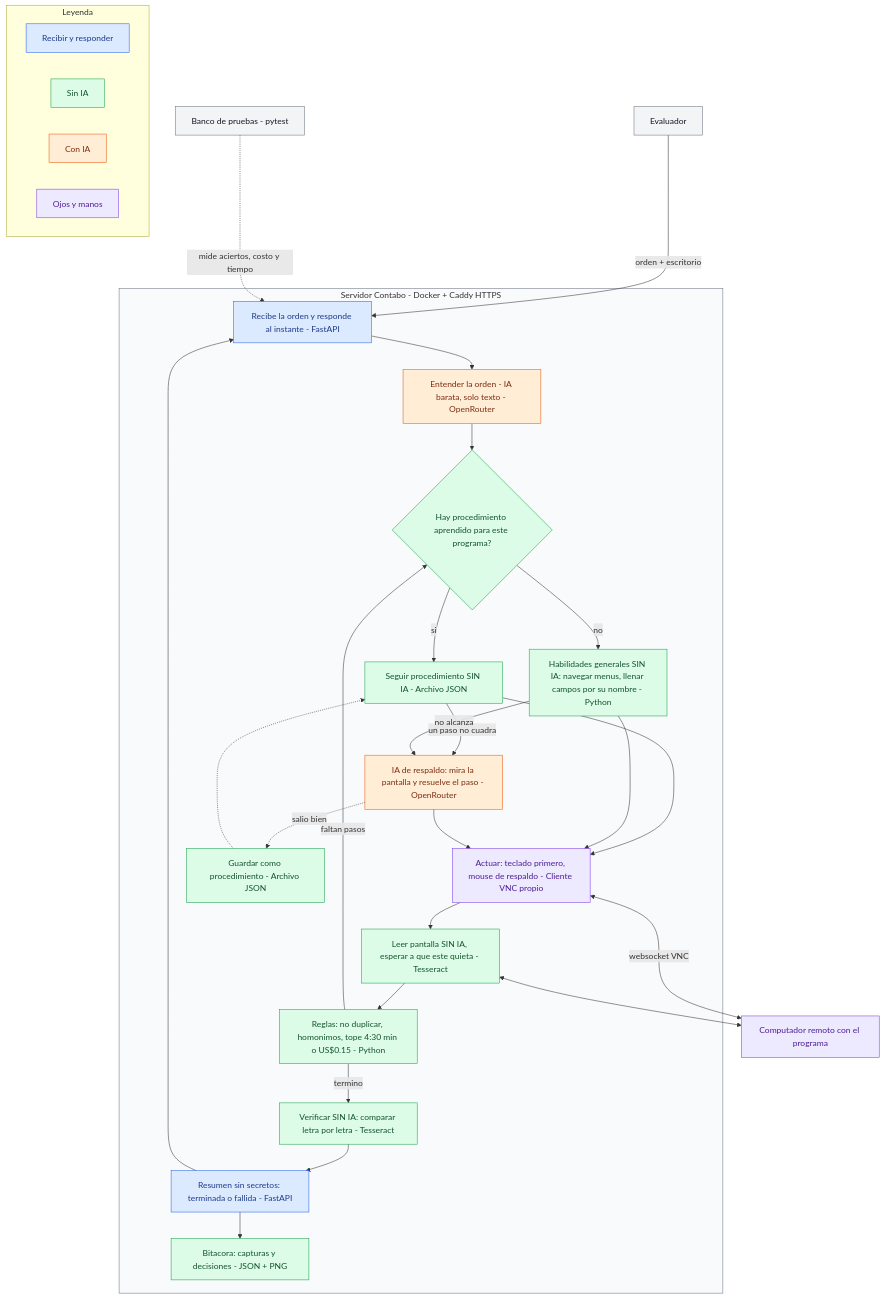
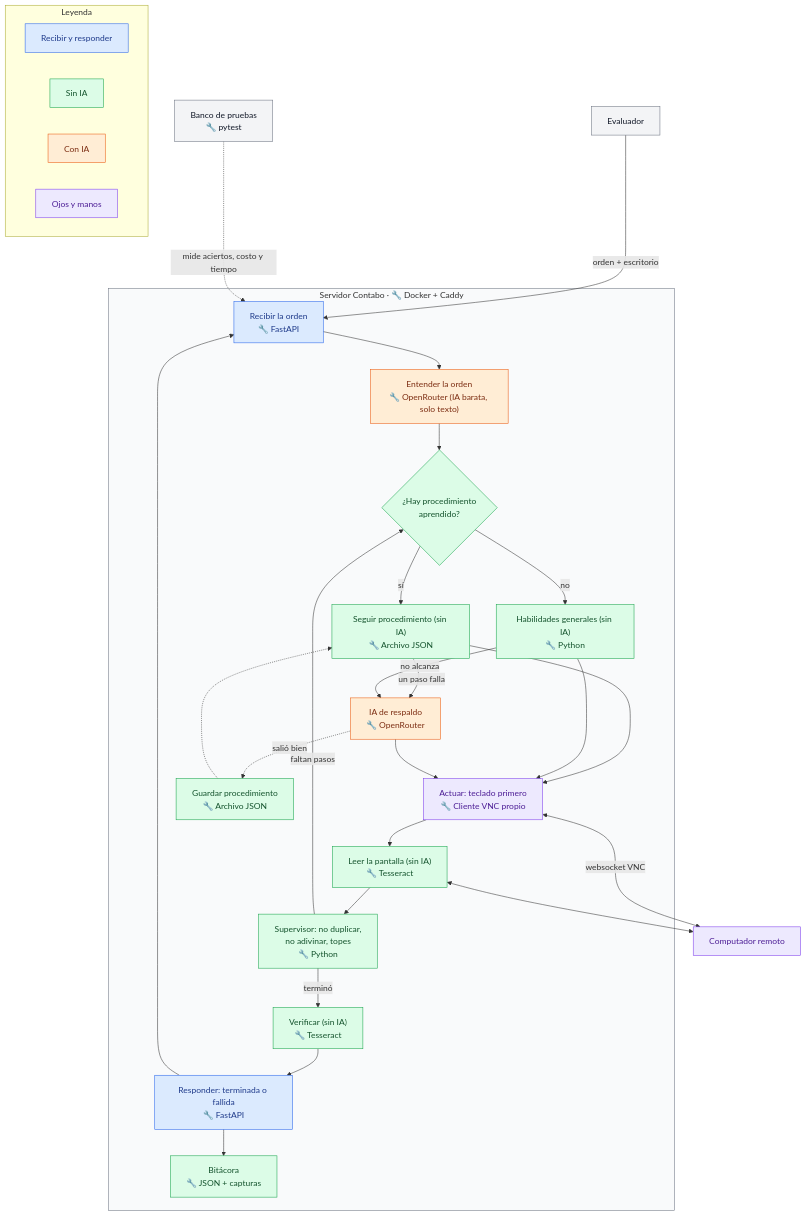
The diagram in DISENO.md (tomasmj503/frontier-agente-vnc), drawn with Mermaid before and after one commit.

Commit message:
Diseño final

````diff
--- a/DISENO.md
+++ b/DISENO.md
@@ -100,45 +100,45 @@
 ```mermaid
 flowchart TB
-  EV[Evaluador] -->|orden + escritorio| API
-  BP[Banco de pruebas - pytest] -.->|mide aciertos, costo y tiempo| API
-  subgraph SRV[Servidor Contabo - Docker + Caddy HTTPS]
-    API[Recibe la orden y responde al instante - FastAPI]
-    API --> ENT[Entender la orden - IA barata, solo texto - OpenRouter]
-    ENT --> P{Hay procedimiento aprendido para este programa?}
-    P -->|si| PR[Seguir procedimiento SIN IA - Archivo JSON]
-    P -->|no| HG[Habilidades generales SIN IA: navegar menus, llenar campos por su nombre - Python]
-    PR -->|un paso no cuadra| IA[IA de respaldo: mira la pantalla y resuelve el paso - OpenRouter]
+  EV["Evaluador"] -->|orden + escritorio| API
+  BP["Banco de pruebas<br/>🔧 pytest"] -.->|mide aciertos, costo y tiempo| API
+  subgraph SRV["Servidor Contabo · 🔧 Docker + Caddy"]
+    API["Recibir la orden<br/>🔧 FastAPI"]
+    API --> ENT["Entender la orden<br/>🔧 OpenRouter (IA barata, solo texto)"]
+    ENT --> P{"¿Hay procedimiento<br/>aprendido?"}
+    P -->|sí| PR["Seguir procedimiento (sin IA)<br/>🔧 Archivo JSON"]
+    P -->|no| HG["Habilidades generales (sin IA)<br/>🔧 Python"]
+    PR -->|un paso falla| IA["IA de respaldo<br/>🔧 OpenRouter"]
     HG -->|no alcanza| IA
     PR --> ACT
     HG --> ACT
-    IA --> ACT[Actuar: teclado primero, mouse de respaldo - Cliente VNC propio]
-    ACT --> VER[Leer pantalla SIN IA, esperar a que este quieta - Tesseract]
-    VER --> REG[Reglas: no duplicar, homonimos, tope 4:30 min o US$0.15 - Python]
+    IA --> ACT["Actuar: teclado primero<br/>🔧 Cliente VNC propio"]
+    ACT --> VER["Leer la pantalla (sin IA)<br/>🔧 Tesseract"]
+    VER --> REG["Supervisor: no duplicar,<br/>no adivinar, topes<br/>🔧 Python"]
     REG -->|faltan pasos| P
-    REG -->|termino| VF[Verificar SIN IA: comparar letra por letra - Tesseract]
-    VF --> RS[Resumen sin secretos: terminada o fallida - FastAPI]
+    REG -->|terminó| VF["Verificar (sin IA)<br/>🔧 Tesseract"]
+    VF --> RS["Responder: terminada o fallida<br/>🔧 FastAPI"]
     RS --> API
-    IA -.->|salio bien| APR[Guardar como procedimiento - Archivo JSON]
+    IA -.->|salió bien| APR["Guardar procedimiento<br/>🔧 Archivo JSON"]
     APR -.-> PR
-    RS --> BIT[Bitacora: capturas y decisiones - JSON + PNG]
+    RS --> BIT["Bitácora<br/>🔧 JSON + capturas"]
   end
-  ACT <-->|websocket VNC| ESC[Computador remoto con el programa]
+  ACT <-->|websocket VNC| ESC["Computador remoto"]
   VER <--> ESC
-  subgraph LEY[Leyenda]
-    L1[Recibir y responder]
-    L2[Sin IA]
-    L3[Con IA]
-    L4[Ojos y manos]
+  subgraph LEY["Leyenda"]
+    L1["Recibir y responder"]
+    L2["Sin IA"]
+    L3["Con IA"]
+    L4["Ojos y manos"]
   end
   classDef azul fill:#DBEAFE,stroke:#2563EB,color:#1E3A8A
   classDef verde fill:#DCFCE7,stroke:#16A34A,color:#14532D
   classDef naranja fill:#FFEDD5,stroke:#EA580C,color:#7C2D12
   classDef morado fill:#EDE9FE,stroke:#7C3AED,color:#4C1D95
   classDef gris fill:#F3F4F6,stroke:#6B7280,color:#111827
   class API,RS,L1 azul
   class P,PR,HG,VER,REG,VF,APR,BIT,L2 verde
   class ENT,IA,L3 naranja
   class ACT,ESC,L4 morado
   class EV,BP gris
   style SRV fill:#F9FAFB,stroke:#6B7280
 ```
````
